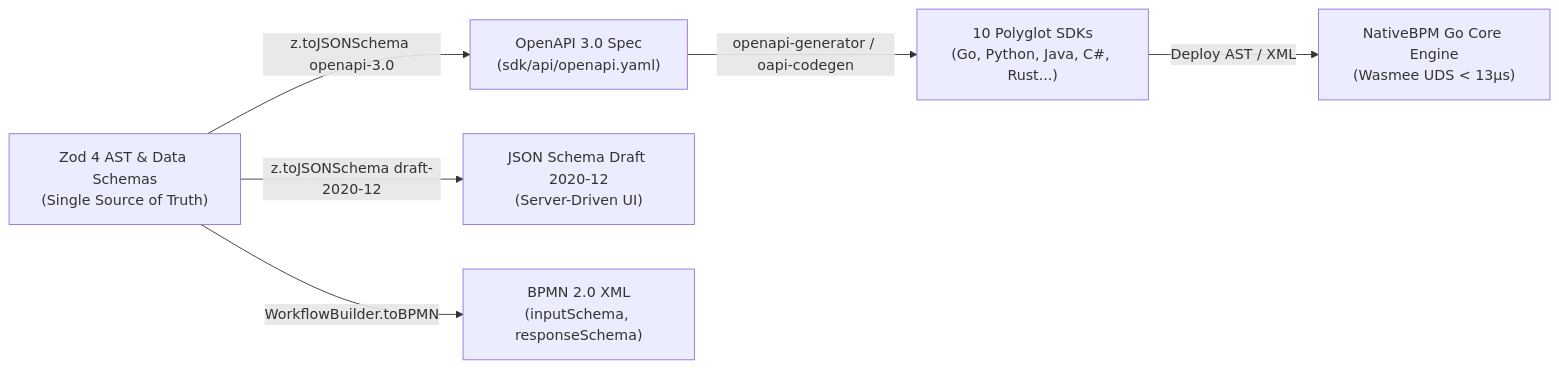
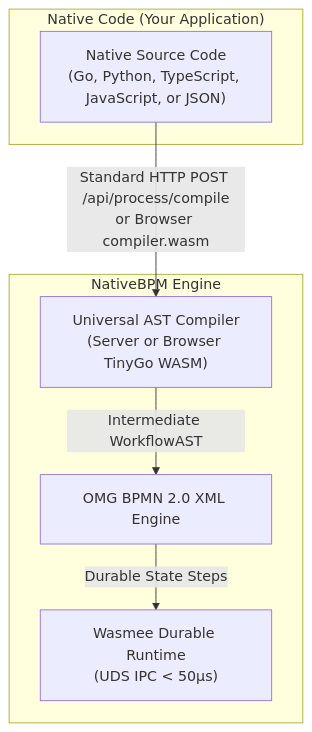
One commit to nativebpm/sdk changed the diagram in README.md. Above: the diagram before and after it, drawn with Mermaid. The commit also changed other lines of this file and 4 other files, not shown here.

Commit message:
docs(sdk): transition to single native code standard and update openapi spec

````diff
--- a/README.md
+++ b/README.md
@@ -56,8 +21,16 @@
 ```mermaid
-flowchart LR
-    ZOD["Zod 4 AST & Data Schemas<br/>(Single Source of Truth)"] -->|z.toJSONSchema openapi-3.0| OAI["OpenAPI 3.0 Spec<br/>(sdk/api/openapi.yaml)"]
-    ZOD -->|z.toJSONSchema draft-2020-12| JS["JSON Schema Draft 2020-12<br/>(Server-Driven UI)"]
-    OAI -->|openapi-generator / oapi-codegen| SDK["10 Polyglot SDKs<br/>(Go, Python, Java, C#, Rust...)"]
-    ZOD -->|WorkflowBuilder.toBPMN| BPMN["BPMN 2.0 XML<br/>(inputSchema, responseSchema)"]
-    SDK -->|Deploy AST / XML| ENGINE["NativeBPM Go Core Engine<br/>(Wasmee UDS < 13µs)"]
+flowchart TD
+    subgraph "Native Code (Your Application)"
+        CODE["Native Source Code<br/>(Go, Python, TypeScript, JavaScript, or JSON)"]
+    end
+
+    subgraph "NativeBPM Engine"
+        COMPILER["Universal AST Compiler<br/>(Server or Browser TinyGo WASM)"]
+        BPMN["OMG BPMN 2.0 XML Engine"]
+        RUNTIME["Wasmee Durable Runtime<br/>(UDS IPC &lt; 50µs)"]
+    end
+
+    CODE -->|Standard HTTP POST /api/process/compile<br/>or Browser compiler.wasm| COMPILER
+    COMPILER -->|Intermediate WorkflowAST| BPMN
+    BPMN -->|Durable State Steps| RUNTIME
 ```
````
